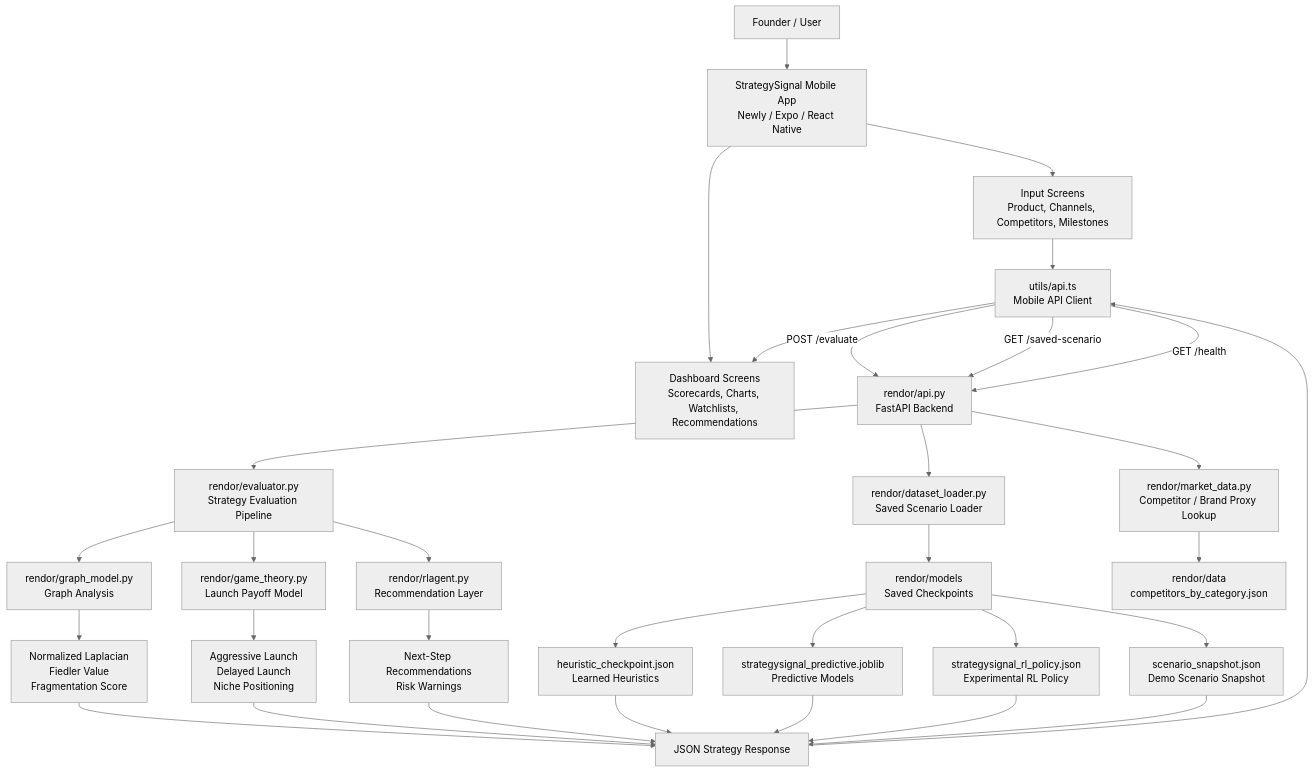
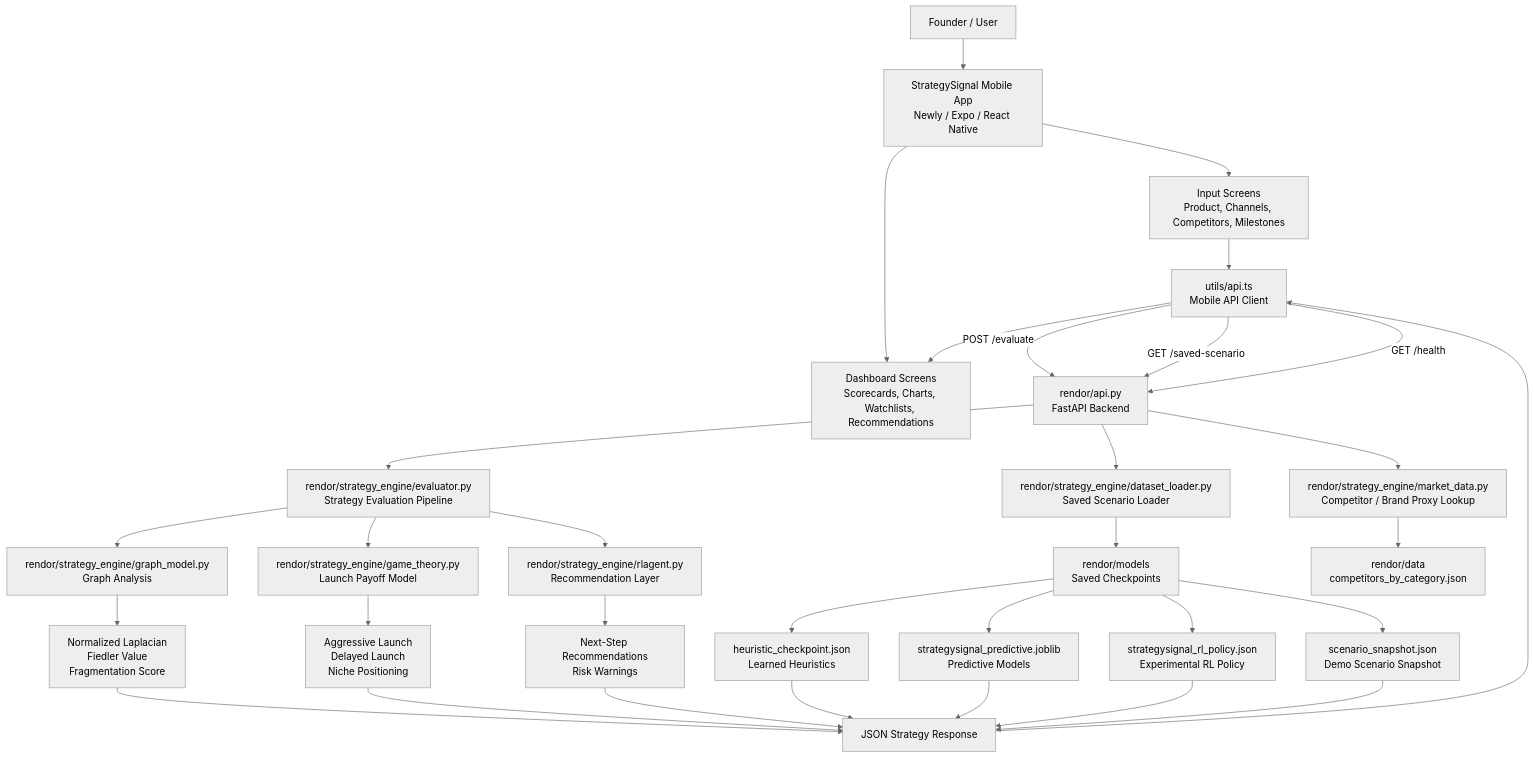
The first of 3 diagrams in README.md (AKillerPanda/Strategy-Signal), drawn with Mermaid (neutral theme) before and after one commit. The commit also changed other lines of this file and 17 other files, not shown here.

First line of the commit message:
feat: Implement strategy evaluation and recommendation system

````diff
--- a/README.md
+++ b/README.md
@@ -26,45 +28,45 @@
 ```mermaid
 flowchart TD
     U[Founder / User] --> M[StrategySignal Mobile App<br/>Newly / Expo / React Native]
 
     M --> S1[Input Screens<br/>Product, Channels, Competitors, Milestones]
     M --> S2[Dashboard Screens<br/>Scorecards, Charts, Watchlists, Recommendations]
 
     S1 --> Client[utils/api.ts<br/>Mobile API Client]
 
     Client -->|POST /evaluate| API[rendor/api.py<br/>FastAPI Backend]
     Client -->|GET /saved-scenario| API
     Client -->|GET /health| API
 
-    API --> Eval[rendor/evaluator.py<br/>Strategy Evaluation Pipeline]
+    API --> Eval[rendor/strategy_engine/evaluator.py<br/>Strategy Evaluation Pipeline]
 
-    Eval --> Graph[rendor/graph_model.py<br/>Graph Analysis]
-    Eval --> Game[rendor/game_theory.py<br/>Launch Payoff Model]
-    Eval --> Recs[rendor/rlagent.py<br/>Recommendation Layer]
+    Eval --> Graph[rendor/strategy_engine/graph_model.py<br/>Graph Analysis]
+    Eval --> Game[rendor/strategy_engine/game_theory.py<br/>Launch Payoff Model]
+    Eval --> Recs[rendor/strategy_engine/rlagent.py<br/>Recommendation Layer]
 
     Graph --> Spectral[Normalized Laplacian<br/>Fiedler Value<br/>Fragmentation Score]
     Game --> Payoff[Aggressive Launch<br/>Delayed Launch<br/>Niche Positioning]
     Recs --> Advice[Next-Step Recommendations<br/>Risk Warnings]
 
-    API --> Loader[rendor/dataset_loader.py<br/>Saved Scenario Loader]
+    API --> Loader[rendor/strategy_engine/dataset_loader.py<br/>Saved Scenario Loader]
     Loader --> Models[rendor/models<br/>Saved Checkpoints]
 
     Models --> H[heuristic_checkpoint.json<br/>Learned Heuristics]
     Models --> P[strategysignal_predictive.joblib<br/>Predictive Models]
     Models --> R[strategysignal_rl_policy.json<br/>Experimental RL Policy]
     Models --> SS[scenario_snapshot.json<br/>Demo Scenario Snapshot]
 
-    API --> Market[rendor/market_data.py<br/>Competitor / Brand Proxy Lookup]
+    API --> Market[rendor/strategy_engine/market_data.py<br/>Competitor / Brand Proxy Lookup]
     Market --> Data[rendor/data<br/>competitors_by_category.json]
 
     Spectral --> Response[JSON Strategy Response]
     Payoff --> Response
     Advice --> Response
     H --> Response
     P --> Response
     R --> Response
     SS --> Response
 
     Response --> Client
     Client --> S2
 ```
````
